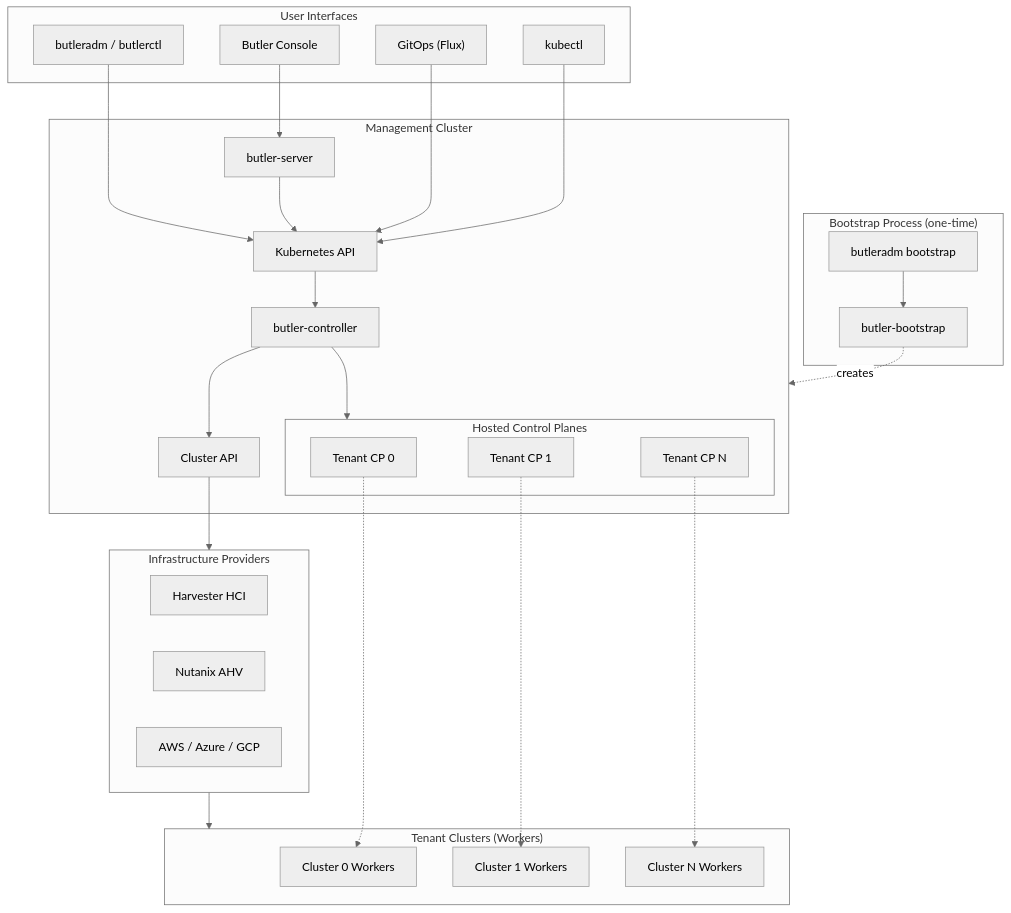
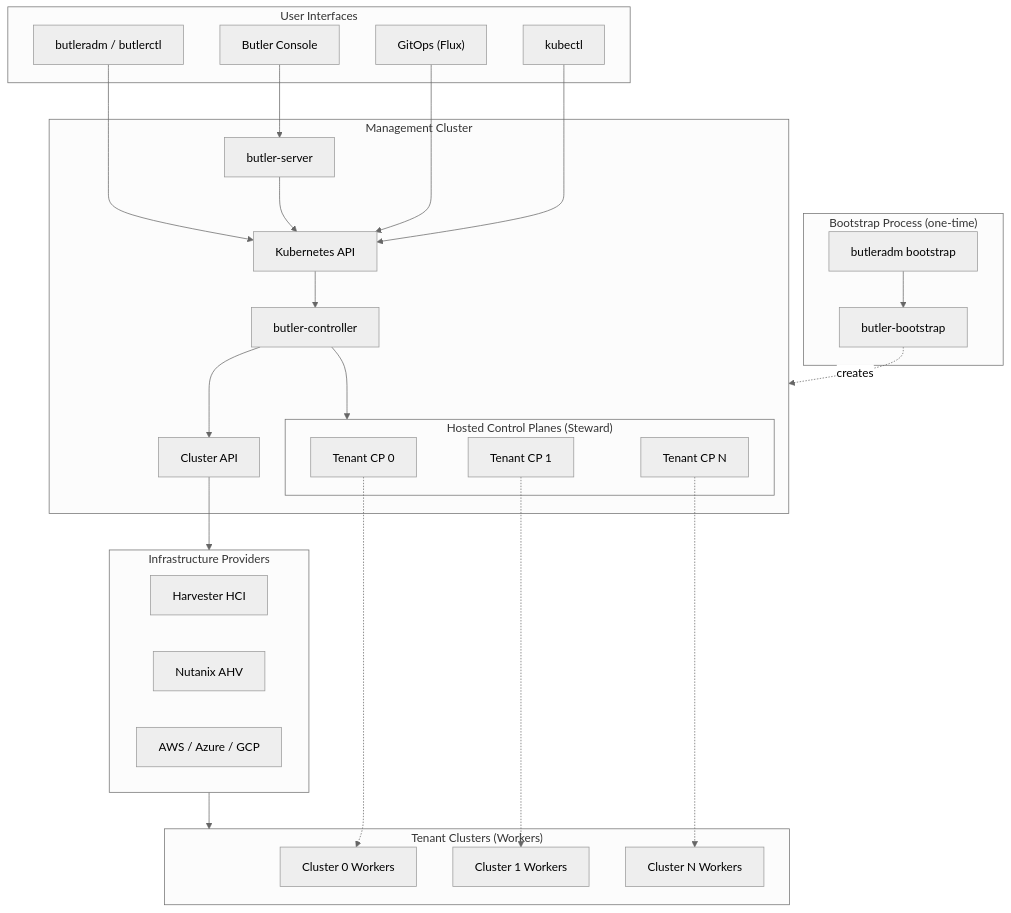
The diagram in README.md (butlerdotdev/butler), drawn with Mermaid (neutral theme) before and after one commit. The commit also changed other lines of this file and 19 other files, not shown here.

````diff
--- a/README.md
+++ b/README.md
@@ -115,58 +132,58 @@
 ```mermaid
 flowchart TB
     subgraph Interfaces["User Interfaces"]
         CLI["butleradm / butlerctl"]
         Console["Butler Console"]
         GitOps["GitOps (Flux)"]
         Kubectl["kubectl"]
     end
     
     subgraph Bootstrap["Bootstrap Process (one-time)"]
         ButlerAdm["butleradm bootstrap"]
         BootstrapCtrl["butler-bootstrap"]
     end
     
     subgraph MC["Management Cluster"]
         API["Kubernetes API"]
         Server["butler-server"]
         Controller["butler-controller"]
         CAPI["Cluster API"]
-        subgraph HostedCP["Hosted Control Planes"]
+        subgraph HostedCP["Hosted Control Planes (Steward)"]
             TCP0["Tenant CP 0"]
             TCP1["Tenant CP 1"]
             TCPN["Tenant CP N"]
         end
     end
     
     subgraph Providers["Infrastructure Providers"]
         Harvester["Harvester HCI"]
         Nutanix["Nutanix AHV"]
         Cloud["AWS / Azure / GCP"]
     end
     
     subgraph Workers["Tenant Clusters (Workers)"]
         TW0["Cluster 0 Workers"]
         TW1["Cluster 1 Workers"]
         TWN["Cluster N Workers"]
     end
     
     ButlerAdm --> BootstrapCtrl
     BootstrapCtrl -.->|creates| MC
     
     CLI --> API
     Console --> Server
     Server --> API
     GitOps --> API
     Kubectl --> API
     
     API --> Controller
     Controller --> HostedCP
     Controller --> CAPI
     
     CAPI --> Providers
     Providers --> Workers
     
     TCP0 -.-> TW0
     TCP1 -.-> TW1
     TCPN -.-> TWN
 ```
````
